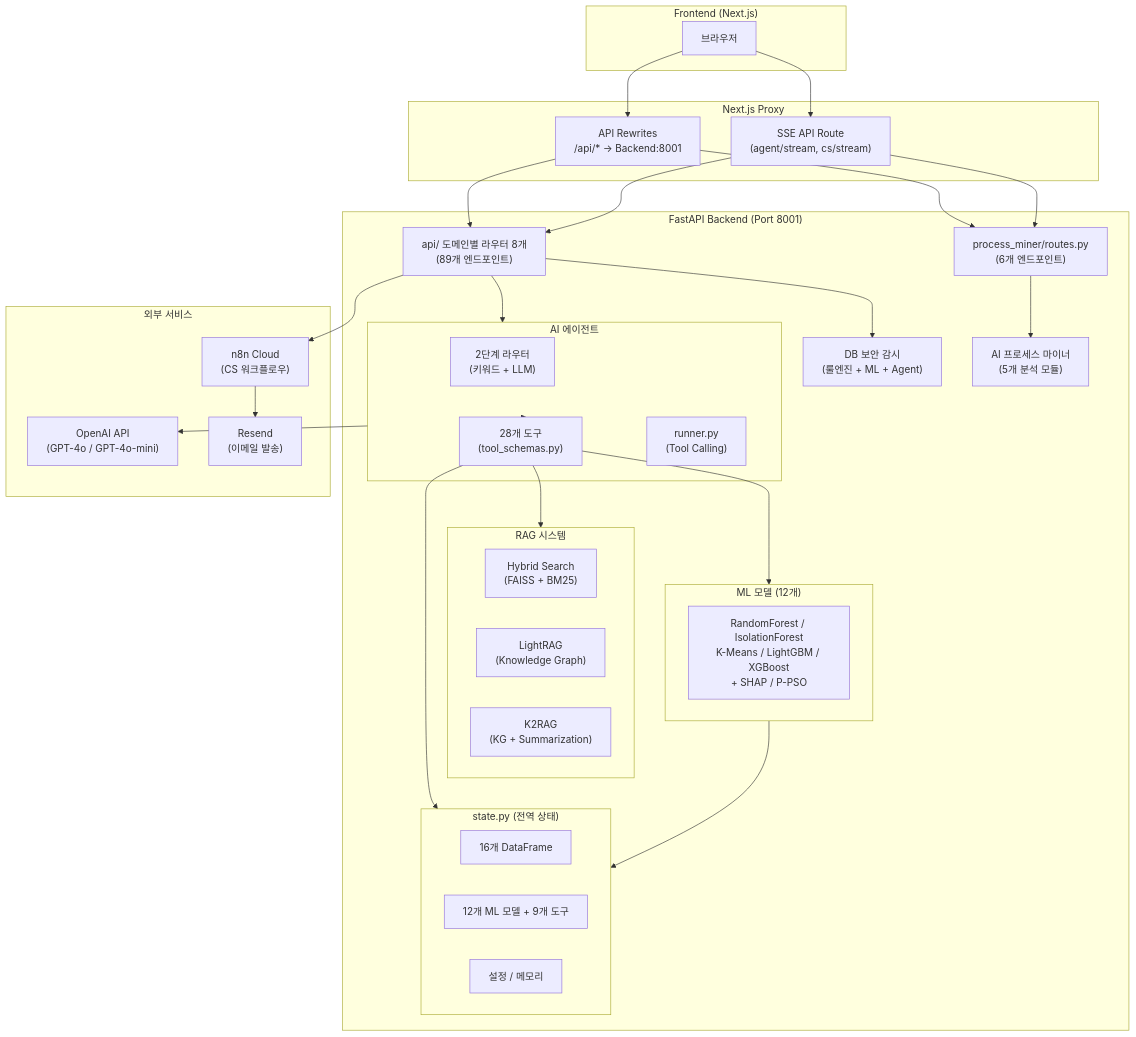
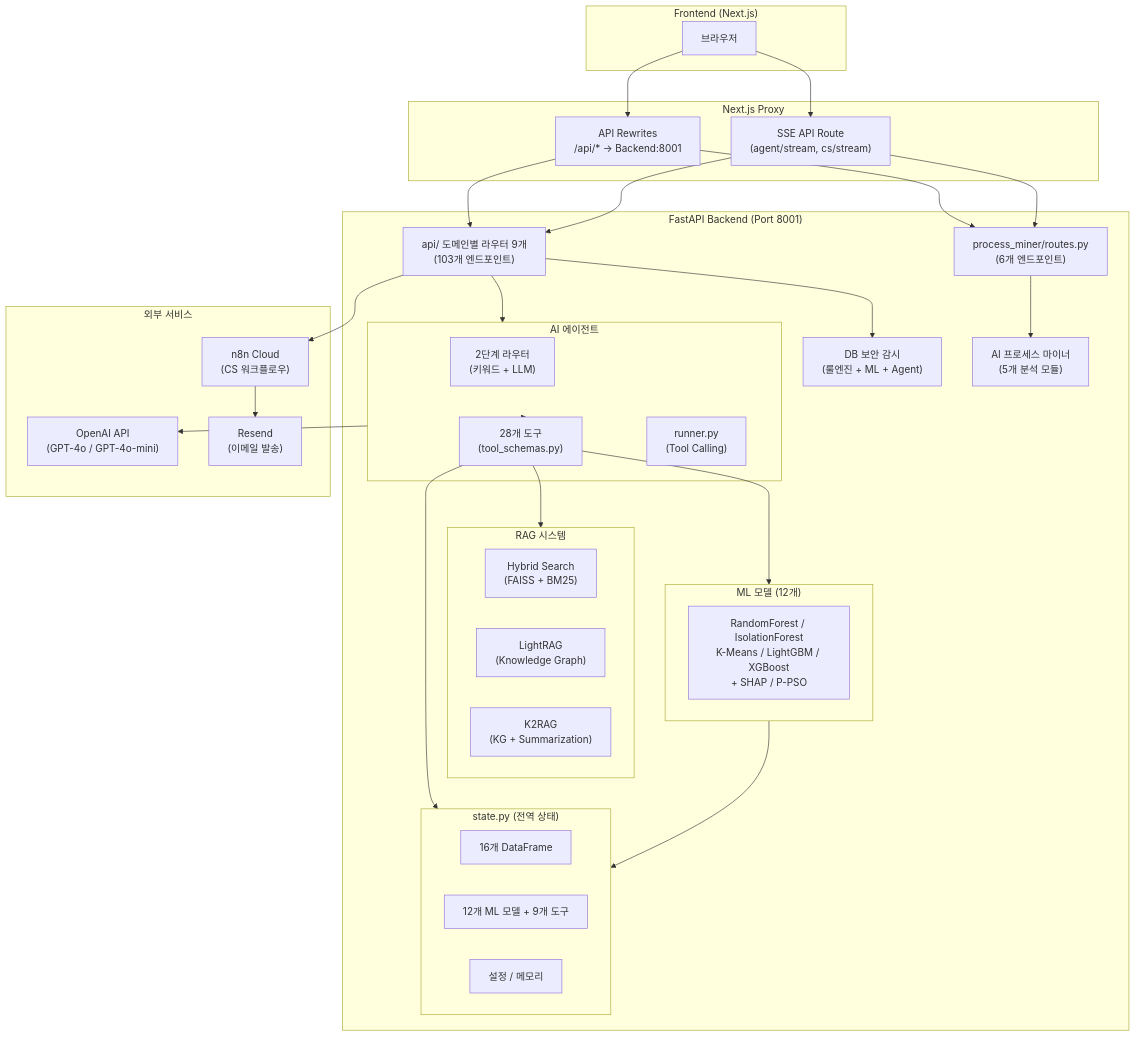
The first of 26 diagrams in backend 리팩토링 시작/README.md (ASNGG/cafe24-demo), drawn with Mermaid before and after one commit. The commit also changed other lines of this file and 1 other file, not shown here.

````diff
--- a/backend 리팩토링 시작/README.md
+++ b/backend 리팩토링 시작/README.md
@@ -53,56 +54,56 @@
 ```mermaid
 flowchart TB
     subgraph Client["Frontend (Next.js)"]
         FE["브라우저"]
     end
 
     subgraph Proxy["Next.js Proxy"]
         NP["API Rewrites<br/>/api/* -> Backend:8001"]
         SSE["SSE API Route<br/>(agent/stream, cs/stream)"]
     end
 
     subgraph Backend["FastAPI Backend (Port 8001)"]
-        ROUTES["api/ 도메인별 라우터 8개<br/>(89개 엔드포인트)"]
+        ROUTES["api/ 도메인별 라우터 9개<br/>(103개 엔드포인트)"]
         PM_ROUTES["process_miner/routes.py<br/>(6개 엔드포인트)"]
 
         subgraph Agent["AI 에이전트"]
             ROUTER["2단계 라우터<br/>(키워드 + LLM)"]
             TOOLS["28개 도구<br/>(tool_schemas.py)"]
             RUNNER["runner.py<br/>(Tool Calling)"]
         end
 
         subgraph RAG["RAG 시스템"]
             HYBRID["Hybrid Search<br/>(FAISS + BM25)"]
             LIGHTRAG["LightRAG<br/>(Knowledge Graph)"]
             K2RAG["K2RAG<br/>(KG + Summarization)"]
         end
 
         subgraph ML["ML 모델 (12개)"]
             MODELS["RandomForest / IsolationForest<br/>K-Means / LightGBM / XGBoost<br/>+ SHAP / P-PSO"]
         end
 
         subgraph State["state.py (전역 상태)"]
             DF["16개 DataFrame"]
             MLV["12개 ML 모델 + 9개 도구"]
             CFG["설정 / 메모리"]
         end
 
         GUARDIAN["DB 보안 감시<br/>(룰엔진 + ML + Agent)"]
         MINER["AI 프로세스 마이너<br/>(5개 분석 모듈)"]
     end
 
     subgraph External["외부 서비스"]
         OPENAI["OpenAI API<br/>(GPT-4o / GPT-4o-mini)"]
         N8N["n8n Cloud<br/>(CS 워크플로우)"]
         RESEND["Resend<br/>(이메일 발송)"]
     end
 
     FE --> NP & SSE --> ROUTES & PM_ROUTES
     ROUTES --> Agent --> TOOLS --> ML & RAG
     ROUTES --> GUARDIAN
     PM_ROUTES --> MINER
     Agent --> OPENAI
     ROUTES --> N8N --> RESEND
     TOOLS --> State
     ML --> State
 ```
````
